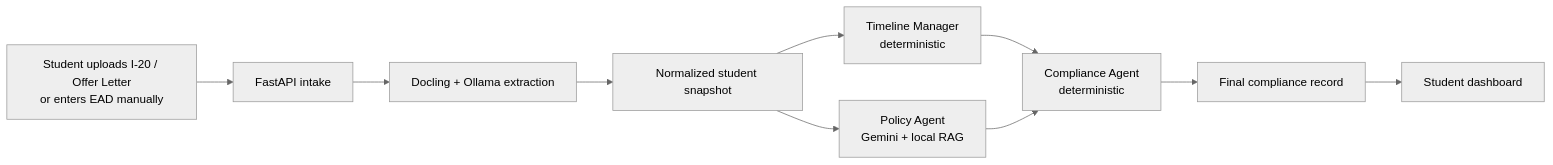
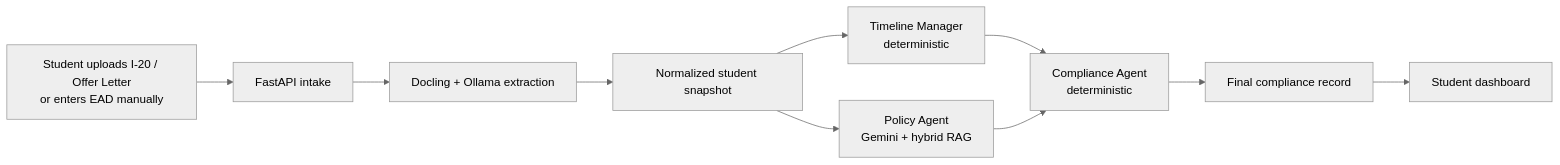
One commit to sanjeebSubedi/VisaGuard changed the first of 2 diagrams in README.md. Above: the diagram before and after it, drawn with Mermaid (neutral theme). The commit also changed other lines of this file, not shown here.

````diff
--- a/README.md
+++ b/README.md
@@ -17,12 +21,12 @@
 ```mermaid
 flowchart LR
     A[Student uploads I-20 / Offer Letter<br/>or enters EAD manually] --> B[FastAPI intake]
     B --> C[Docling + Ollama extraction]
     C --> D[Normalized student snapshot]
     D --> E[Timeline Manager<br/>deterministic]
-    D --> F[Policy Agent<br/>Gemini + local RAG]
+    D --> F[Policy Agent<br/>Gemini + hybrid RAG]
     E --> G[Compliance Agent<br/>deterministic]
     F --> G
     G --> H[Final compliance record]
     H --> I[Student dashboard]
 ```
````
